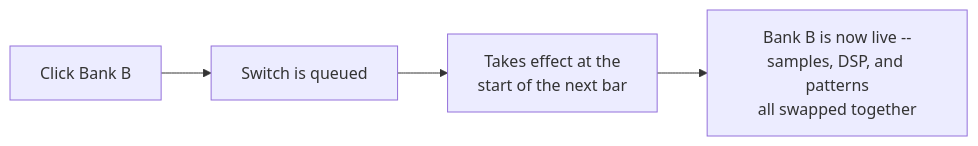
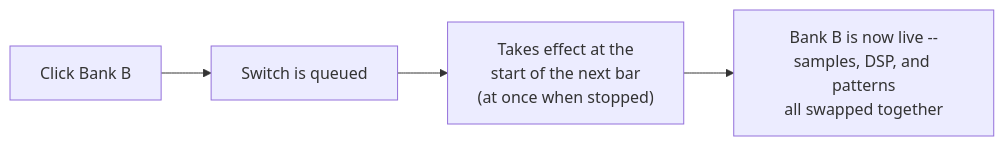
One commit to edensfrequency/boom-bap-producer-pads changed the diagram in docs/usage/modules/pads/pad-grid-and-browser.md. Above: the diagram before and after it, drawn with Mermaid. The commit also changed other lines of this file and 14 other files, not shown here.

````diff
--- a/docs/usage/modules/pads/pad-grid-and-browser.md
+++ b/docs/usage/modules/pads/pad-grid-and-browser.md
@@ -96,4 +116,4 @@
 ```mermaid
 flowchart LR
-    A["Click Bank B"] --> B["Switch is queued"] --> C["Takes effect at the\nstart of the next bar"] --> D["Bank B is now live --\nsamples, DSP, and patterns\nall swapped together"]
+    A["Click Bank B"] --> B["Switch is queued"] --> C["Takes effect at the\nstart of the next bar\n(at once when stopped)"] --> D["Bank B is now live --\nsamples, DSP, and patterns\nall swapped together"]
 ```
````
